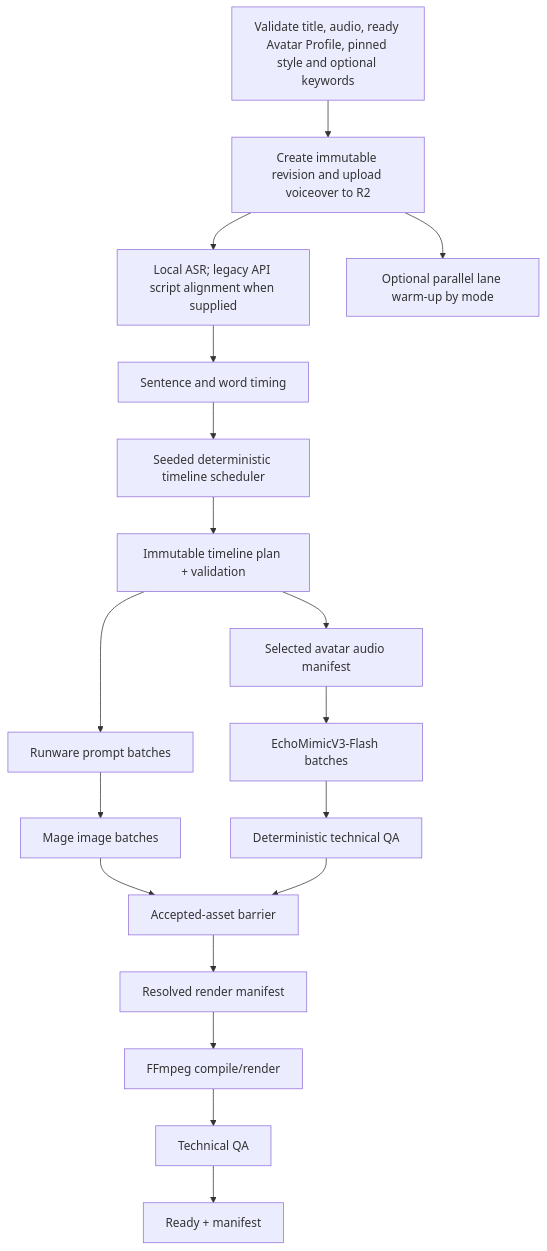
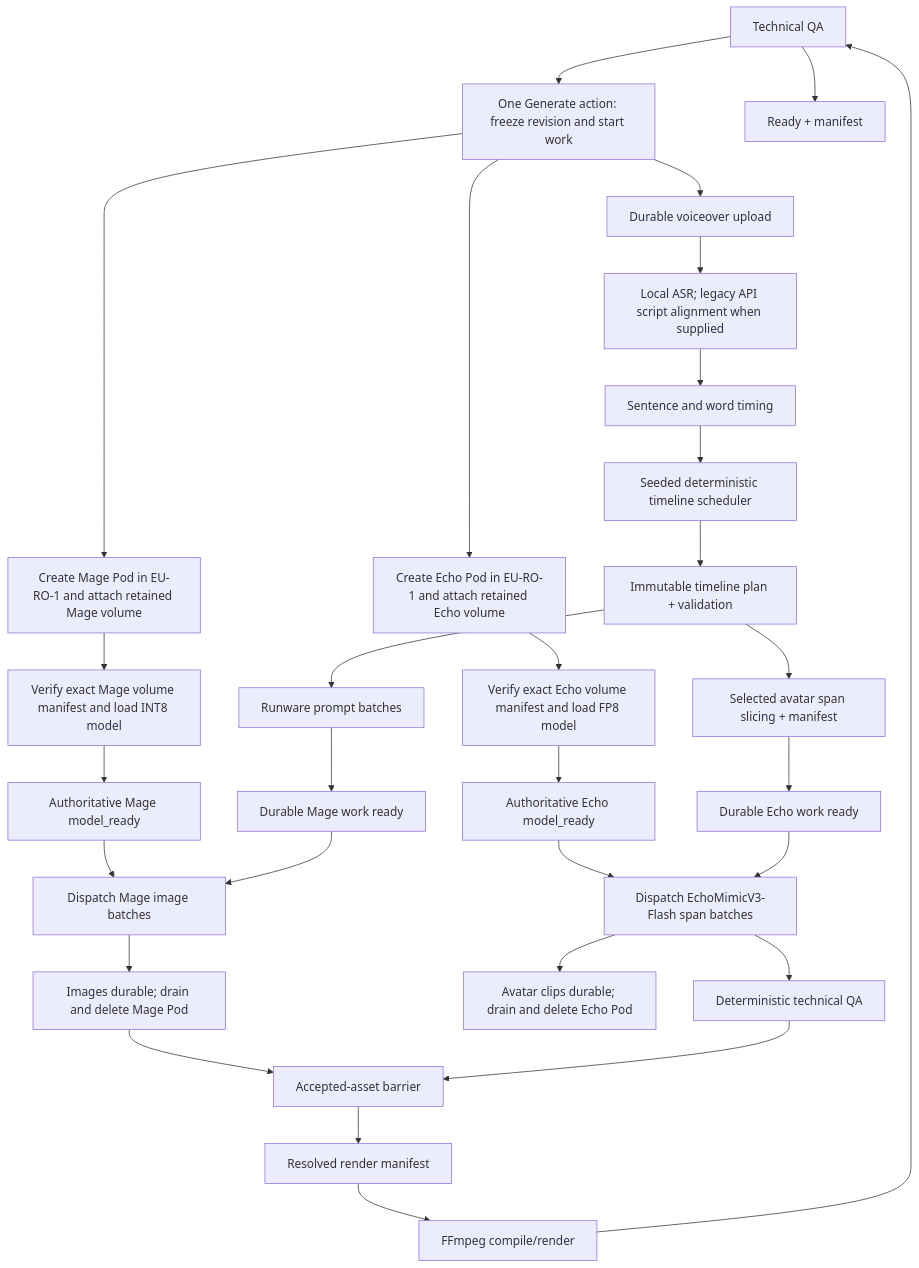
One commit to Pala-LakshmanSai/videoforge changed the diagram in project-context/07_PIPELINE_AND_SCHEDULER.md. Above: the diagram before and after it, drawn with Mermaid. The commit also changed other lines of this file and 32 other files, not shown here.

Commit message:
reset persistent model lane architecture

````diff
--- a/project-context/07_PIPELINE_AND_SCHEDULER.md
+++ b/project-context/07_PIPELINE_AND_SCHEDULER.md
@@ -8,20 +8,32 @@
 ```mermaid
 flowchart TD
-    A["Validate title, audio, ready Avatar Profile, pinned style and optional keywords"] --> B["Create immutable revision and upload voiceover to R2"]
+    P["Local decode/probe/hash + pinned avatar/style + upload reservation + GPUs/cap"] --> A["One Generate action: freeze revision and start work"]
+    A --> B["Durable voiceover upload"]
+    A --> M0["Create Mage Pod in EU-RO-1 and attach retained Mage volume"]
+    A --> E0["Create Echo Pod in EU-RO-1 and attach retained Echo volume"]
+    M0 --> M1["Verify exact Mage volume manifest and load INT8 model"]
+    E0 --> E1["Verify exact Echo volume manifest and load FP8 model"]
+    M1 --> MR["Authoritative Mage model_ready"]
+    E1 --> ER["Authoritative Echo model_ready"]
     B --> C["Local ASR; legacy API script alignment when supplied"]
-    B --> W["Optional parallel lane warm-up by mode"]
     C --> D["Sentence and word timing"]
     D --> E["Seeded deterministic timeline scheduler"]
     E --> F["Immutable timeline plan + validation"]
     F --> G["Runware prompt batches"]
-    F --> H["Selected avatar audio manifest"]
-    G --> I["Mage image batches"]
-    H --> J["EchoMimicV3-Flash batches"]
+    F --> H["Selected avatar span slicing + manifest"]
+    G --> I0["Durable Mage work ready"]
+    H --> J0["Durable Echo work ready"]
+    MR --> I["Dispatch Mage image batches"]
+    I0 --> I
+    ER --> J["Dispatch EchoMimicV3-Flash span batches"]
+    J0 --> J
+    I --> ID["Images durable; drain and delete Mage Pod"]
+    J --> JD["Avatar clips durable; drain and delete Echo Pod"]
     J --> K["Deterministic technical QA"]
-    I --> N["Accepted-asset barrier"]
+    ID --> N["Accepted-asset barrier"]
     K --> N
     N --> R["Resolved render manifest"]
     R --> O["FFmpeg compile/render"]
     O --> P["Technical QA"]
     P --> Q["Ready + manifest"]
 ```
````
